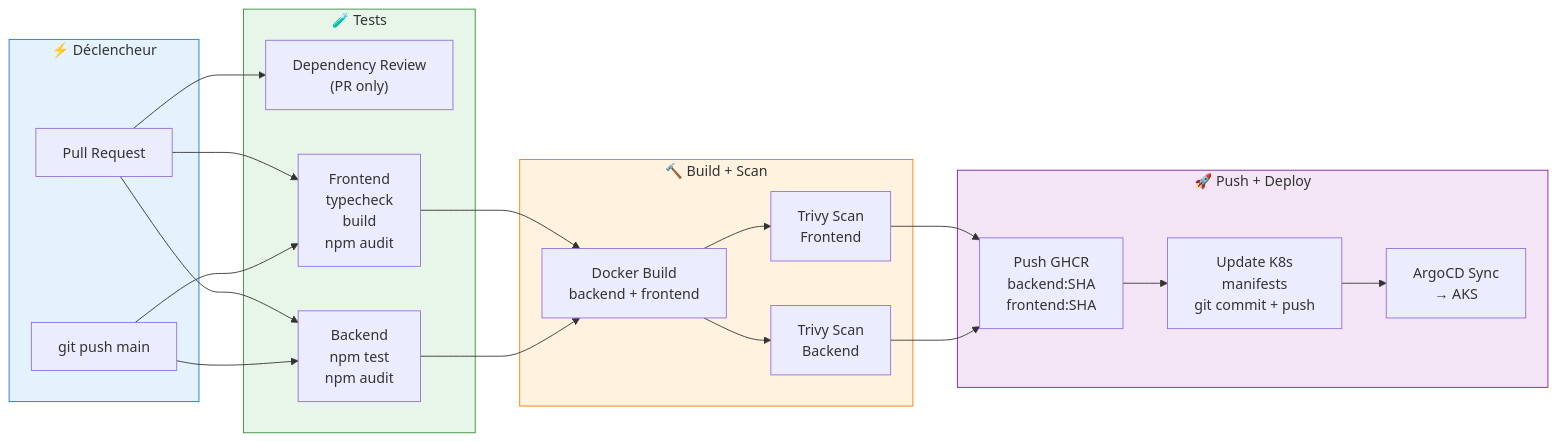
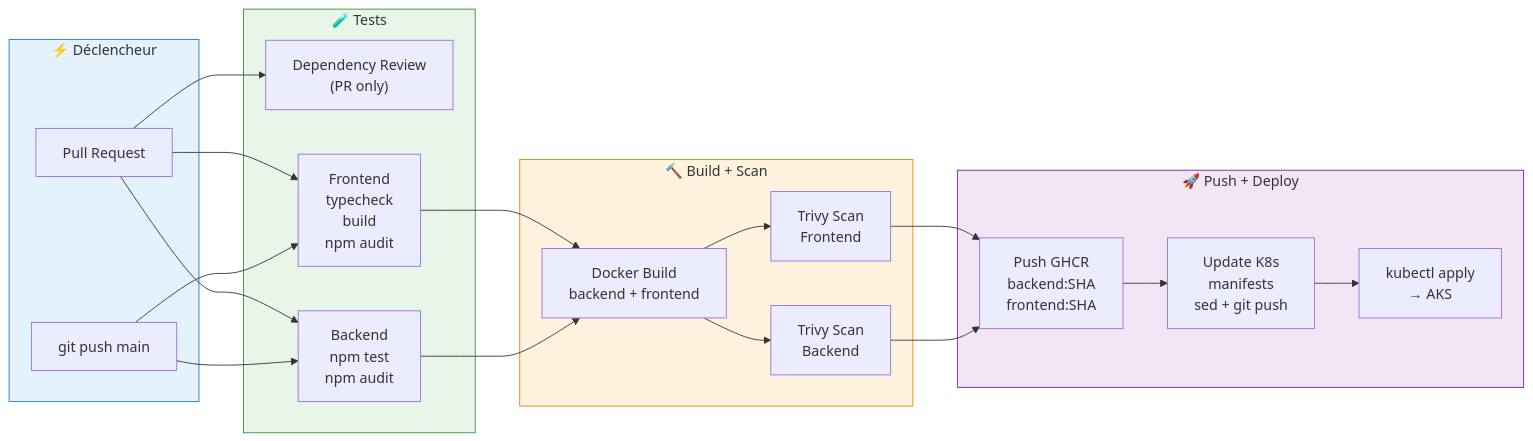
One commit to bamekakenang/collector-shop-full changed the fourth of 14 diagrams in SCHEMAS_MERMAID.md. Above: the diagram before and after it, drawn with Mermaid. The commit also changed other lines of this file, not shown here.

Commit message:
fix: remplacer ArgoCD par kubectl apply (reflète l'implémentation réelle)

````diff
--- a/SCHEMAS_MERMAID.md
+++ b/SCHEMAS_MERMAID.md
@@ -214,37 +214,37 @@
 ```mermaid
 graph LR
     subgraph Trigger["⚡ Déclencheur"]
         Push["git push main"]
         PR["Pull Request"]
     end
 
     subgraph TestStage["🧪 Tests"]
         DepReview["Dependency Review<br/>(PR only)"]
         BackTest["Backend<br/>npm test<br/>npm audit"]
         FrontTest["Frontend<br/>typecheck<br/>build<br/>npm audit"]
     end
 
     subgraph BuildScan["🔨 Build + Scan"]
         DockerBuild["Docker Build<br/>backend + frontend"]
         TrivyBack["Trivy Scan<br/>Backend"]
         TrivyFront["Trivy Scan<br/>Frontend"]
     end
 
     subgraph PushDeploy["🚀 Push + Deploy"]
         PushGHCR["Push GHCR<br/>backend:SHA<br/>frontend:SHA"]
-        GitOps["Update K8s<br/>manifests<br/>git commit + push"]
-        Argo["ArgoCD Sync<br/>→ AKS"]
+        GitOps["Update K8s<br/>manifests<br/>sed + git push"]
+        KubeDeploy["kubectl apply<br/>→ AKS"]
     end
 
     Push --> BackTest & FrontTest
     PR --> DepReview & BackTest & FrontTest
     BackTest & FrontTest --> DockerBuild
     DockerBuild --> TrivyBack & TrivyFront
     TrivyBack & TrivyFront --> PushGHCR
-    PushGHCR --> GitOps --> Argo
+    PushGHCR --> GitOps --> KubeDeploy
 
     style Trigger fill:#e3f2fd,stroke:#1976d2
     style TestStage fill:#e8f5e9,stroke:#388e3c
     style BuildScan fill:#fff3e0,stroke:#f57c00
     style PushDeploy fill:#f3e5f5,stroke:#7b1fa2
 ```
````
